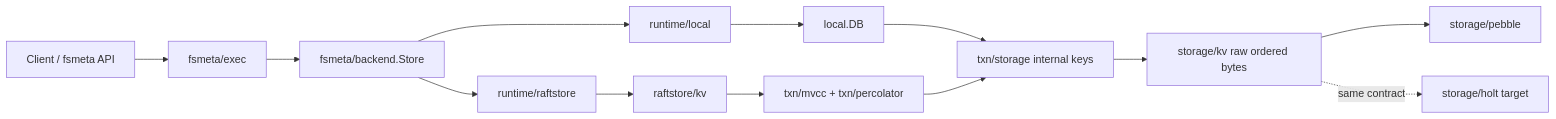
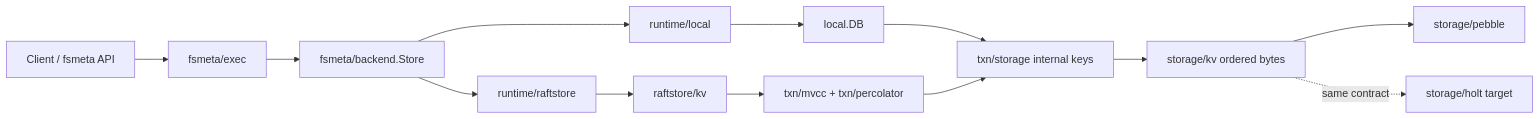
One commit to NoKV-Lab/NoKV changed the diagram in docs/guide/architecture.md. Above: the diagram before and after it, drawn with Mermaid. The commit also changed other lines of this file and 59 other files, not shown here.

````diff
--- a/docs/guide/architecture.md
+++ b/docs/guide/architecture.md
@@ -69,13 +69,13 @@
 ```mermaid
 flowchart LR
     Client["Client / fsmeta API"] --> Exec["fsmeta/exec"]
     Exec --> Backend["fsmeta/backend.Store"]
     Backend --> Local["runtime/local"] --> LocalDB["local.DB"]
     Backend --> Raft["runtime/raftstore"] --> StoreKV["raftstore/kv"]
     StoreKV --> Txn["txn/mvcc + txn/percolator"]
     LocalDB --> MVCC["txn/storage internal keys"]
     Txn --> MVCC
-    MVCC --> Raw["storage/kv raw ordered bytes"]
-    Raw --> Pebble["storage/pebble"]
-    Raw -. "same contract" .-> Holt["storage/holt target"]
+    MVCC --> KV["storage/kv ordered bytes"]
+    KV --> Pebble["storage/pebble"]
+    KV -. "same contract" .-> Holt["storage/holt target"]
 ```
````
